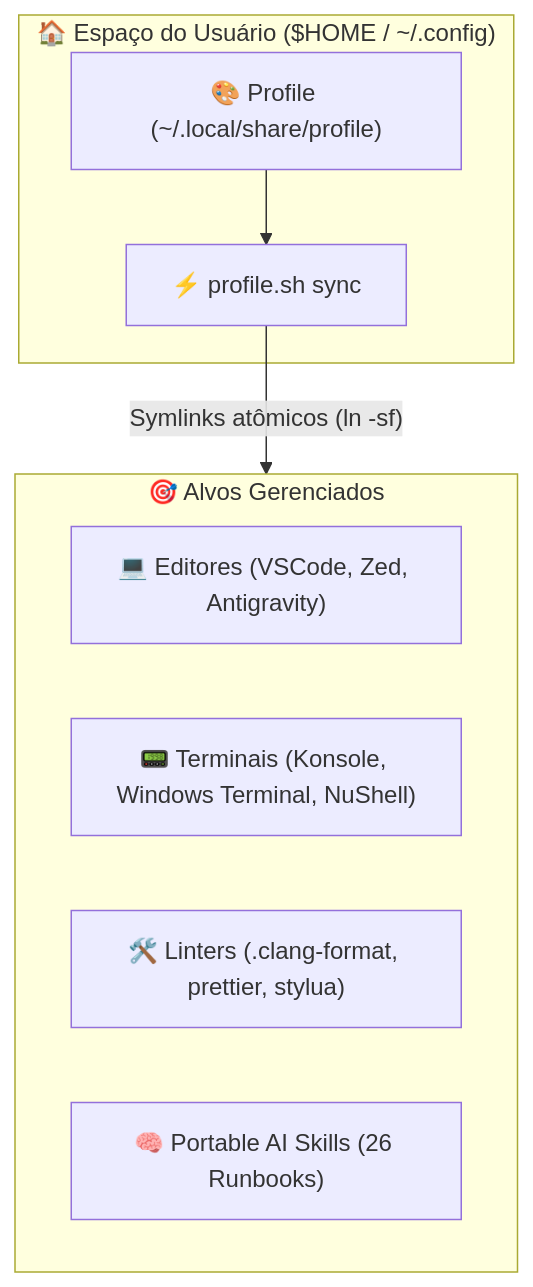
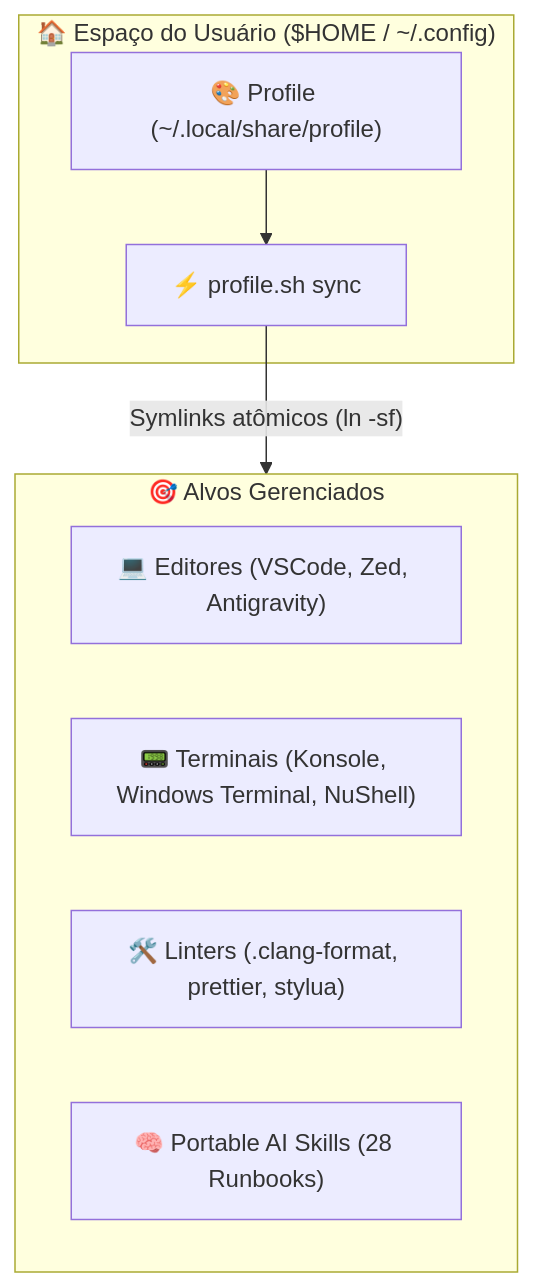
Before and after one commit to GabrielFrigo4/profile: the diagram in README.md, drawn with Mermaid. The commit also changed 8 other files, not shown here.

````diff
--- a/README.md
+++ b/README.md
@@ -41,17 +41,17 @@
 ```mermaid
 flowchart TD
     subgraph HOME ["🏠 Espaço do Usuário ($HOME / ~/.config)"]
         PR_REPO["🎨 Profile (~/.local/share/profile)"]
         SYNC["⚡ profile.sh sync"]
     end
 
     subgraph TARGETS ["🎯 Alvos Gerenciados"]
         ED["💻 Editores (VSCode, Zed, Antigravity)"]
         TR["📟 Terminais (Konsole, Windows Terminal, NuShell)"]
         TL["🛠️ Linters (.clang-format, prettier, stylua)"]
-        SK["🧠 Portable AI Skills (26 Runbooks)"]
+        SK["🧠 Portable AI Skills (28 Runbooks)"]
     end
 
     PR_REPO --> SYNC
     SYNC -->|"Symlinks atômicos (ln -sf)"| TARGETS
 ```
````
